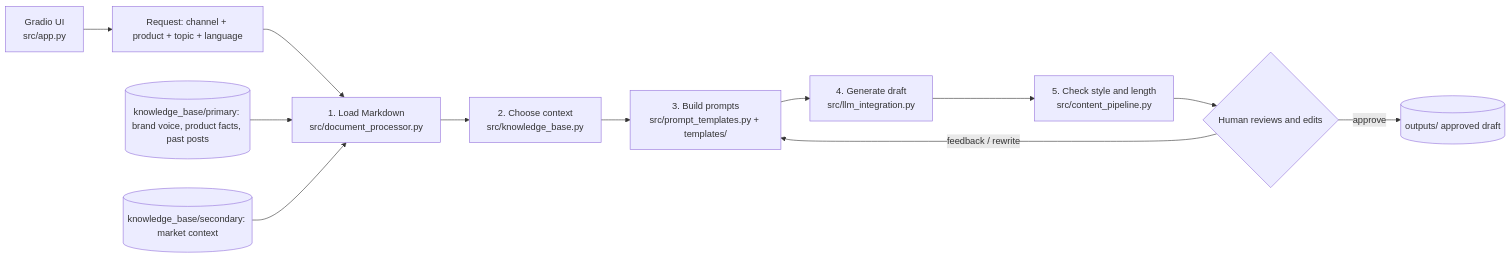
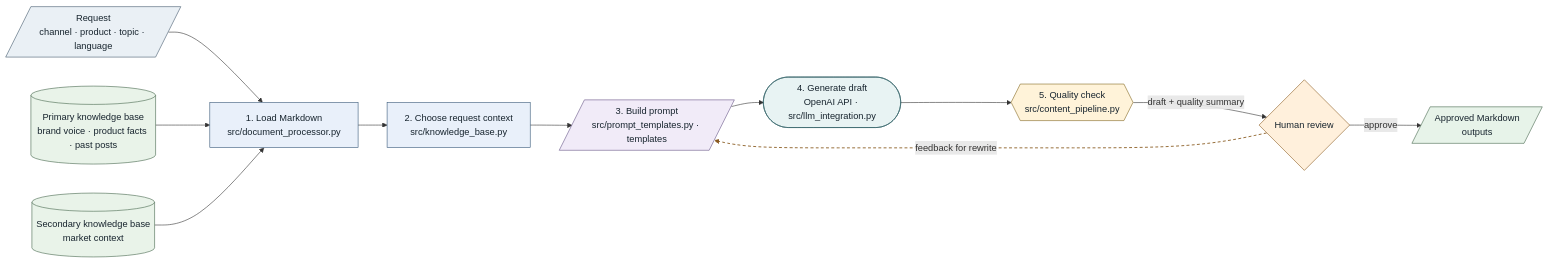
The diagram in README.md (ayhandemir7-LSSBB/cs-reply-assistant), drawn with Mermaid before and after one commit. The commit also changed other lines of this file and 2 other files, not shown here.

Commit message:
update and finalize README and project_structure md to represent completed status added 1st-dry-run-gradio image to show progress

````diff
--- a/README.md
+++ b/README.md
@@ -11,14 +11,39 @@
 ```mermaid
 flowchart LR
-    R["Request: channel + product + topic + language"] --> L
-    K1[("knowledge_base/primary: brand voice, product facts, past posts")] --> L
-    K2[("knowledge_base/secondary: market context")] --> L
-    L["1. Load Markdown<br/>src/document_processor.py"] --> C
-    C["2. Choose context<br/>src/knowledge_base.py"] --> P
-    P["3. Build prompts<br/>src/prompt_templates.py + templates/"] --> G
-    G["4. Generate draft<br/>src/llm_integration.py"] --> Q
-    Q["5. Check style and length<br/>src/content_pipeline.py"] --> H
-    H{"Human reviews and edits"} -->|"feedback / rewrite"| P
-    H -->|"approve"| O[("outputs/ approved draft")]
-    UI["Gradio UI<br/>src/app.py"] --> R
+    REQ[/Request<br/>channel · product · topic · language/]
+    KBP[(Primary knowledge base<br/>brand voice · product facts · past posts)]
+    KBS[(Secondary knowledge base<br/>market context)]
+    LOAD[1. Load Markdown<br/>src/document_processor.py]
+    CTX[2. Choose request context<br/>src/knowledge_base.py]
+    TEMPLATE[/3. Build prompt<br/>src/prompt_templates.py · templates/]
+    API([4. Generate draft<br/>OpenAI API · src/llm_integration.py])
+    QC{{5. Quality check<br/>src/content_pipeline.py}}
+    HUMAN{Human review}
+    OUTPUT[/Approved Markdown<br/>outputs/]
+
+    REQ --> LOAD
+    KBP --> LOAD
+    KBS --> LOAD
+    LOAD --> CTX --> TEMPLATE --> API --> QC
+    QC -->|draft + quality summary| HUMAN
+    HUMAN -->|feedback for rewrite| TEMPLATE
+    HUMAN -->|approve| OUTPUT
+
+    classDef request fill:#eaf0f5,stroke:#40576b,color:#17242e
+    classDef knowledge fill:#e9f3e9,stroke:#45664b,color:#17242e
+    classDef code fill:#e9f0fa,stroke:#365777,color:#17242e
+    classDef file fill:#f1ebf8,stroke:#665486,color:#17242e
+    classDef service fill:#e8f3f3,stroke:#36666a,color:#17242e
+    classDef check fill:#fff3d9,stroke:#81651f,color:#17242e
+    classDef decision fill:#fff0dc,stroke:#895a20,color:#17242e
+    classDef output fill:#e7f3e9,stroke:#45664b,color:#17242e
+    class REQ request
+    class KBP,KBS knowledge
+    class LOAD,CTX code
+    class TEMPLATE file
+    class API service
+    class QC check
+    class HUMAN decision
+    class OUTPUT output
+    linkStyle 8 stroke:#895a20,stroke-width:1.5,stroke-dasharray:5 4
 ```
````
